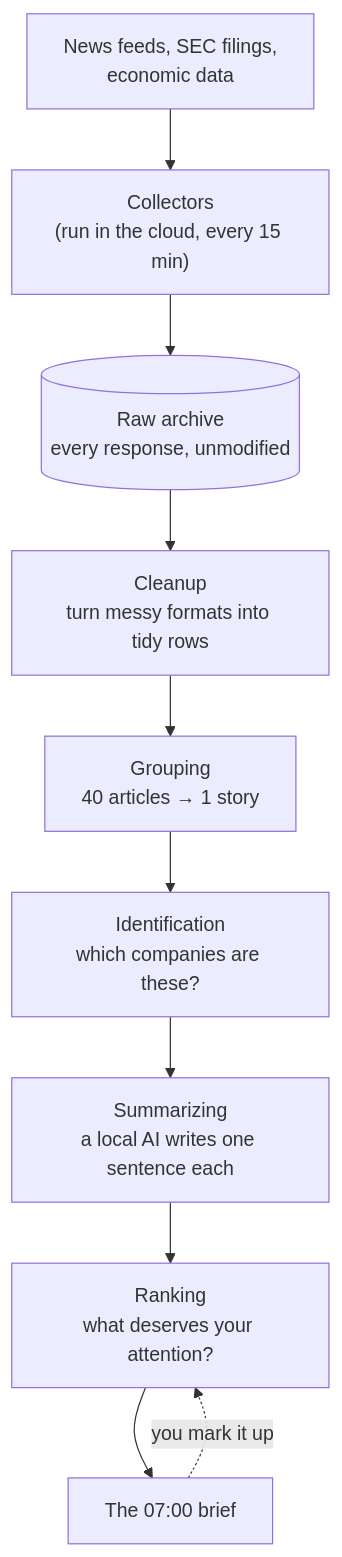
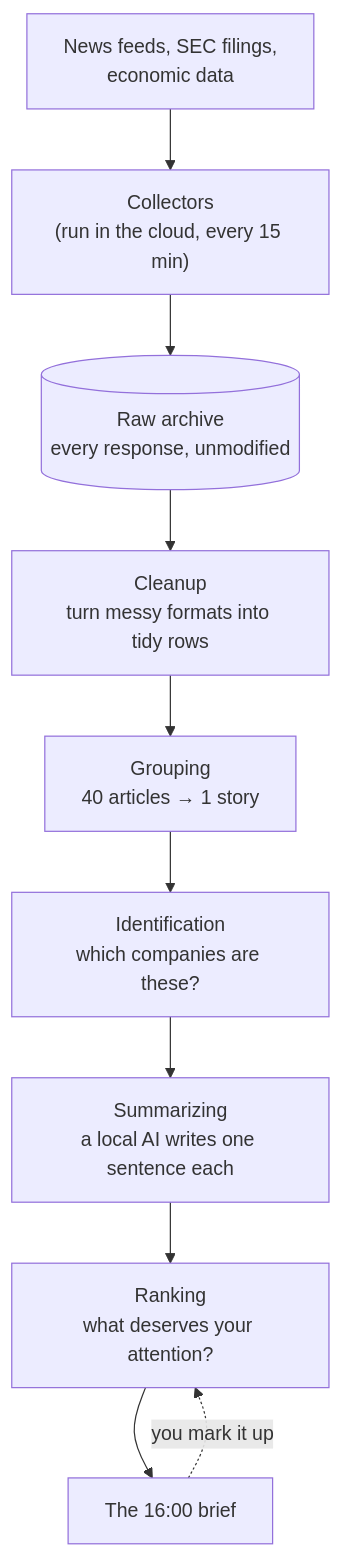
One commit to SouhailBourhim/signal-brief changed the diagram in docs/how-signal-works.md. Above: the diagram before and after it, drawn with Mermaid. The commit also changed other lines of this file and 32 other files, not shown here.

````diff
--- a/docs/how-signal-works.md
+++ b/docs/how-signal-works.md
@@ -45,12 +45,12 @@
 ```mermaid
 flowchart TD
     A["News feeds, SEC filings,<br/>economic data"] --> B["Collectors<br/>(run in the cloud, every 15 min)"]
     B --> C[("Raw archive<br/>every response, unmodified")]
     C --> D["Cleanup<br/>turn messy formats into tidy rows"]
     D --> E["Grouping<br/>40 articles → 1 story"]
     E --> F["Identification<br/>which companies are these?"]
     F --> G["Summarizing<br/>a local AI writes one sentence each"]
     G --> H["Ranking<br/>what deserves your attention?"]
-    H --> I["The 07:00 brief"]
+    H --> I["The 16:00 brief"]
     I -.->|"you mark it up"| H
 ```
````
